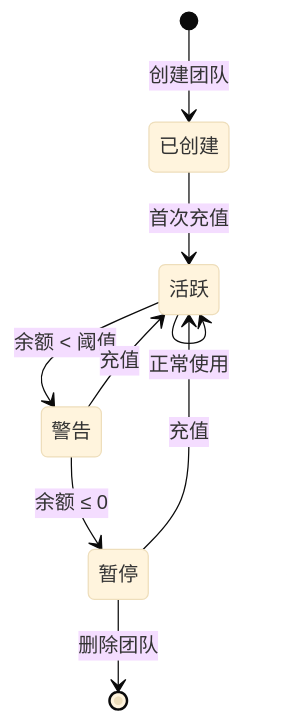
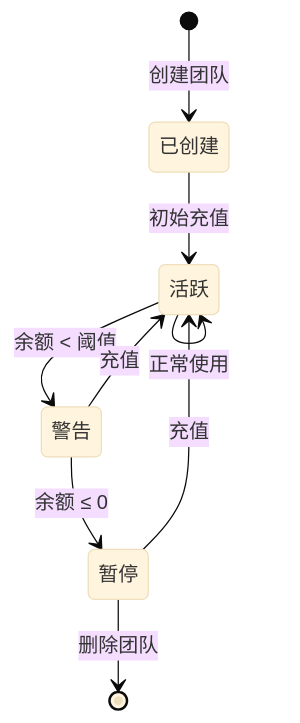
One commit to SuperMarioYL/Bison changed the ninth of 9 diagrams in docs/README_CN.md. Above: the diagram before and after it, drawn with Mermaid (base theme). The commit also changed other lines of this file and 9 other files, not shown here.

````diff
--- a/docs/README_CN.md
+++ b/docs/README_CN.md
@@ -171,11 +641,11 @@
 ```mermaid
 stateDiagram-v2
     [*] --> 已创建: 创建团队
-    已创建 --> 活跃: 首次充值
+    已创建 --> 活跃: 初始充值
     活跃 --> 活跃: 正常使用
     活跃 --> 警告: 余额 < 阈值
     警告 --> 活跃: 充值
     警告 --> 暂停: 余额 ≤ 0
     暂停 --> 活跃: 充值
     暂停 --> [*]: 删除团队
 ```
````
